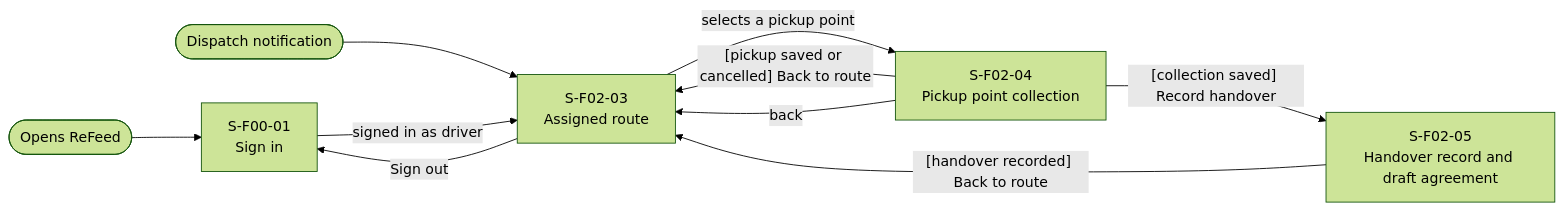
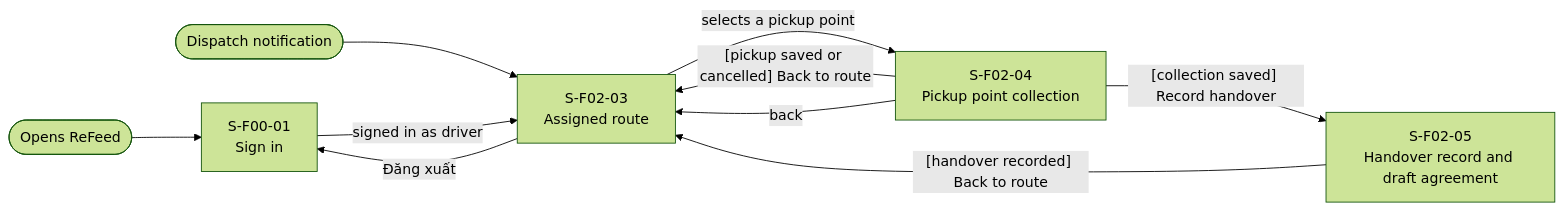
Before and after one commit to thuyvicbh-alt/DBIZ2---GROUP-D: the second of 4 diagrams in docs/external-design/screen-transition.md, drawn with Mermaid (forest theme). The commit also changed other lines of this file, not shown here.

````diff
--- a/docs/external-design/screen-transition.md
+++ b/docs/external-design/screen-transition.md
@@ -60,18 +66,18 @@
 ```mermaid
 flowchart LR
   entry(["Opens ReFeed"])
   notif(["Dispatch notification"])
   S00_01["S-F00-01<br>Sign in"]
   S02_03["S-F02-03<br>Assigned route"]
   S02_04["S-F02-04<br>Pickup point collection"]
   S02_05["S-F02-05<br>Handover record and draft agreement"]
   entry --> S00_01
   notif --> S02_03
   S00_01 -->|"signed in as driver"| S02_03
   S02_03 -->|"selects a pickup point"| S02_04
-  S02_03 -->|"Sign out"| S00_01
+  S02_03 -->|"Đăng xuất"| S00_01
   S02_04 -->|"[collection saved] Record handover"| S02_05
   S02_04 -->|"[pickup saved or cancelled] Back to route"| S02_03
   S02_04 -->|"back"| S02_03
   S02_05 -->|"[handover recorded] Back to route"| S02_03
 ```
````
